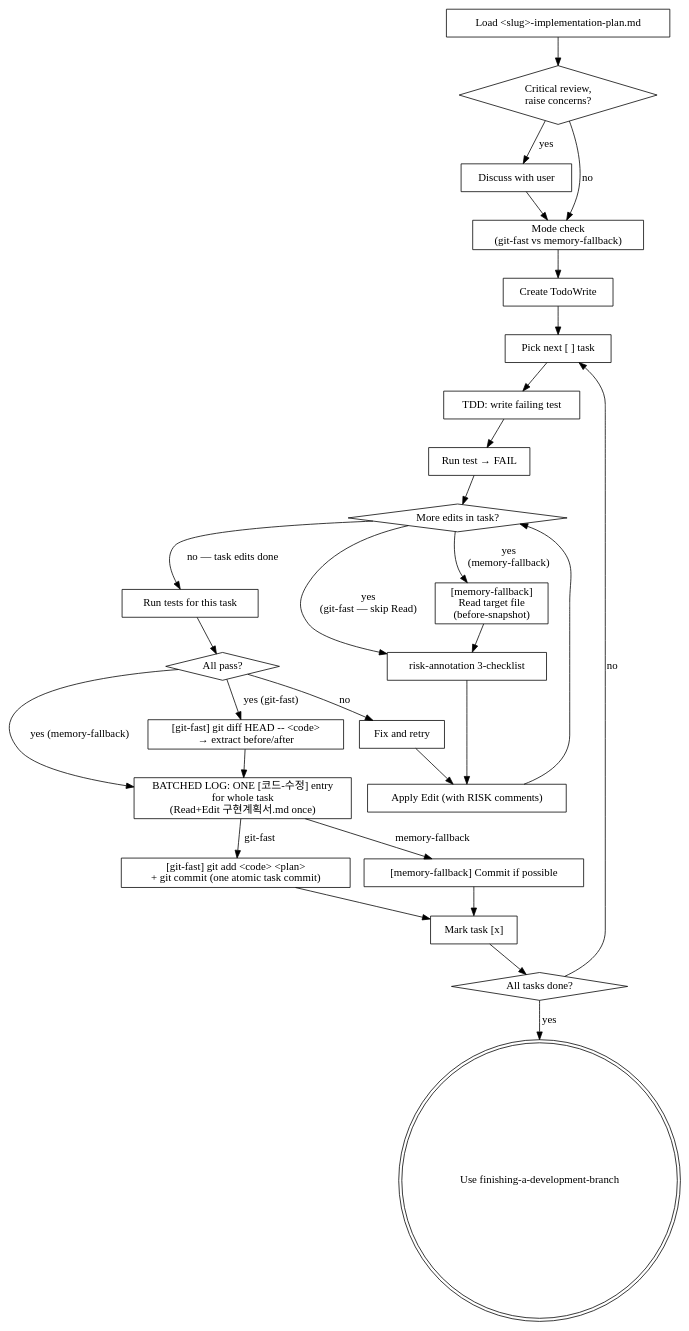
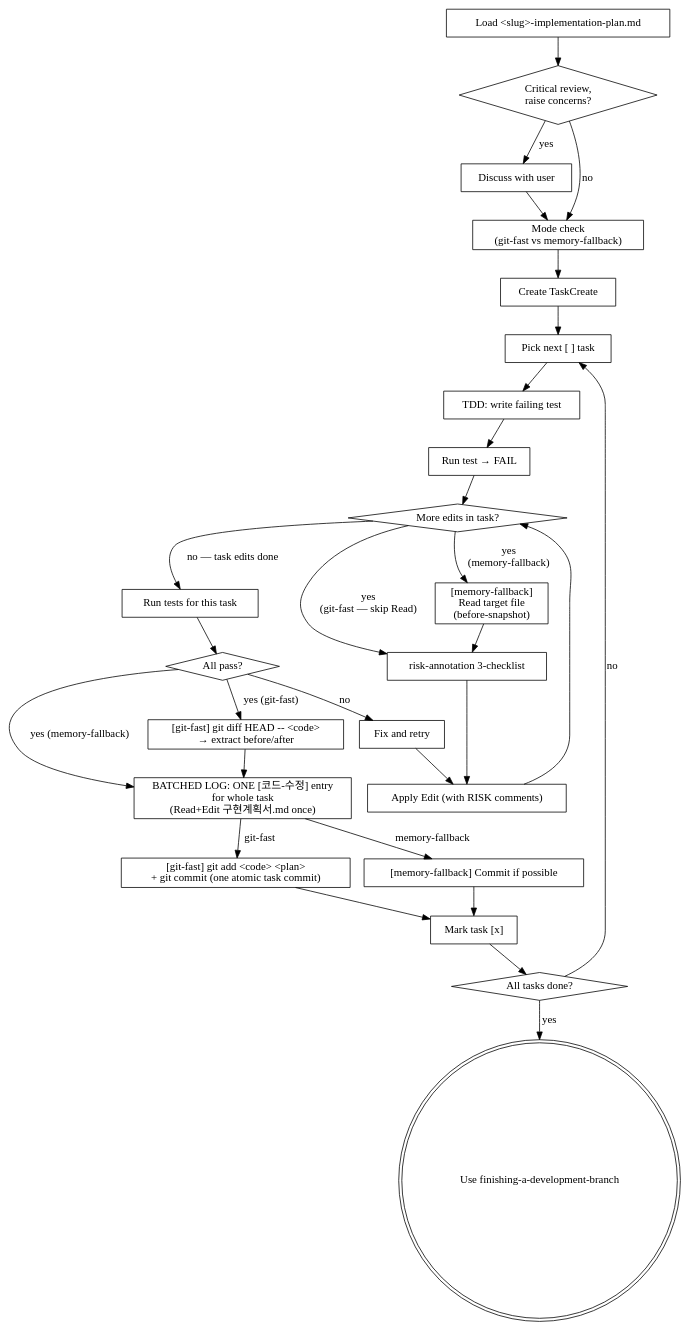
Before and after one commit to deokjinlog/intent-locked-workflow: the diagram in skills/executing-plans/SKILL.md, drawn with Graphviz. The commit also changed other lines of this file and 4 other files, not shown here.

First line of the commit message:
fix(v2.6.2): TodoWrite → TaskCreate 식별자 통일

````diff
--- a/skills/executing-plans/SKILL.md
+++ b/skills/executing-plans/SKILL.md
@@ -168,55 +168,55 @@
 ```dot
 digraph exec_flow {
     "Load <slug>-implementation-plan.md" [shape=box];
     "Critical review,\nraise concerns?" [shape=diamond];
     "Discuss with user" [shape=box];
     "Mode check\n(git-fast vs memory-fallback)" [shape=box];
-    "Create TodoWrite" [shape=box];
+    "Create TaskCreate" [shape=box];
     "Pick next [ ] task" [shape=box];
     "TDD: write failing test" [shape=box];
     "Run test → FAIL" [shape=box];
     "More edits in task?" [shape=diamond];
     "[memory-fallback]\nRead target file\n(before-snapshot)" [shape=box];
     "risk-annotation 3-checklist" [shape=box];
     "Apply Edit (with RISK comments)" [shape=box];
     "Run tests for this task" [shape=box];
     "All pass?" [shape=diamond];
     "[git-fast] git diff HEAD -- <code>\n→ extract before/after" [shape=box];
     "BATCHED LOG: ONE [코드-수정] entry\nfor whole task\n(Read+Edit 구현계획서.md once)" [shape=box];
     "[git-fast] git add <code> <plan>\n+ git commit (one atomic task commit)" [shape=box];
     "[memory-fallback] Commit if possible" [shape=box];
     "Mark task [x]" [shape=box];
     "All tasks done?" [shape=diamond];
     "Fix and retry" [shape=box];
     "Use finishing-a-development-branch" [shape=doublecircle];
 
     "Load <slug>-implementation-plan.md" -> "Critical review,\nraise concerns?";
     "Critical review,\nraise concerns?" -> "Discuss with user" [label="yes"];
     "Discuss with user" -> "Mode check\n(git-fast vs memory-fallback)";
     "Critical review,\nraise concerns?" -> "Mode check\n(git-fast vs memory-fallback)" [label="no"];
-    "Mode check\n(git-fast vs memory-fallback)" -> "Create TodoWrite";
-    "Create TodoWrite" -> "Pick next [ ] task";
+    "Mode check\n(git-fast vs memory-fallback)" -> "Create TaskCreate";
+    "Create TaskCreate" -> "Pick next [ ] task";
     "Pick next [ ] task" -> "TDD: write failing test";
     "TDD: write failing test" -> "Run test → FAIL";
     "Run test → FAIL" -> "More edits in task?";
     "More edits in task?" -> "[memory-fallback]\nRead target file\n(before-snapshot)" [label="yes\n(memory-fallback)"];
     "More edits in task?" -> "risk-annotation 3-checklist" [label="yes\n(git-fast — skip Read)"];
     "[memory-fallback]\nRead target file\n(before-snapshot)" -> "risk-annotation 3-checklist";
     "risk-annotation 3-checklist" -> "Apply Edit (with RISK comments)";
     "Apply Edit (with RISK comments)" -> "More edits in task?";
     "More edits in task?" -> "Run tests for this task" [label="no — task edits done"];
     "Run tests for this task" -> "All pass?";
     "All pass?" -> "[git-fast] git diff HEAD -- <code>\n→ extract before/after" [label="yes (git-fast)"];
     "All pass?" -> "BATCHED LOG: ONE [코드-수정] entry\nfor whole task\n(Read+Edit 구현계획서.md once)" [label="yes (memory-fallback)"];
     "All pass?" -> "Fix and retry" [label="no"];
     "Fix and retry" -> "Apply Edit (with RISK comments)";
     "[git-fast] git diff HEAD -- <code>\n→ extract before/after" -> "BATCHED LOG: ONE [코드-수정] entry\nfor whole task\n(Read+Edit 구현계획서.md once)";
     "BATCHED LOG: ONE [코드-수정] entry\nfor whole task\n(Read+Edit 구현계획서.md once)" -> "[git-fast] git add <code> <plan>\n+ git commit (one atomic task commit)" [label="git-fast"];
     "BATCHED LOG: ONE [코드-수정] entry\nfor whole task\n(Read+Edit 구현계획서.md once)" -> "[memory-fallback] Commit if possible" [label="memory-fallback"];
     "[git-fast] git add <code> <plan>\n+ git commit (one atomic task commit)" -> "Mark task [x]";
     "[memory-fallback] Commit if possible" -> "Mark task [x]";
     "Mark task [x]" -> "All tasks done?";
     "All tasks done?" -> "Pick next [ ] task" [label="no"];
     "All tasks done?" -> "Use finishing-a-development-branch" [label="yes"];
 }
 ```
````
